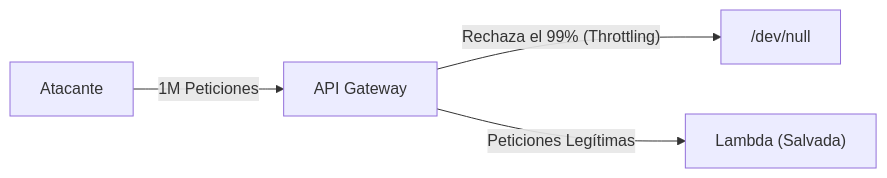
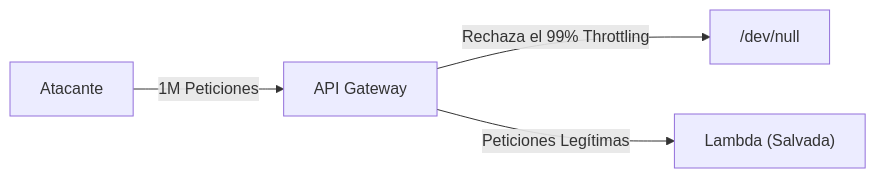
One commit to gjpierp/nmergeia changed the diagram in public/docs/de/ext_aws_medio.md. Above: the diagram before and after it, drawn with Mermaid. The commit also changed 88 other files, not shown here.

Commit message:
fix(mermaid & headings): estandarizar títulos removiendo Resumen Ejecutivo de encabezados H2 y corregir sintaxis de paréntesis en conectores de enlace de 55 diagramas Mermaid en los 7 idiomas

````diff
--- a/public/docs/de/ext_aws_medio.md
+++ b/public/docs/de/ext_aws_medio.md
@@ -14,6 +14,6 @@
 ```mermaid
 flowchart LR
 Hacker["Atacante"] -->|1M Peticiones| API["API Gateway"]
-API -->|"Rechaza el 99% (Throttling)"| /dev/null
+API -->|"Rechaza el 99% Throttling "| /dev/null
 API -->|Peticiones Legítimas| Lambda["Lambda (Salvada)"]
 ```
````
